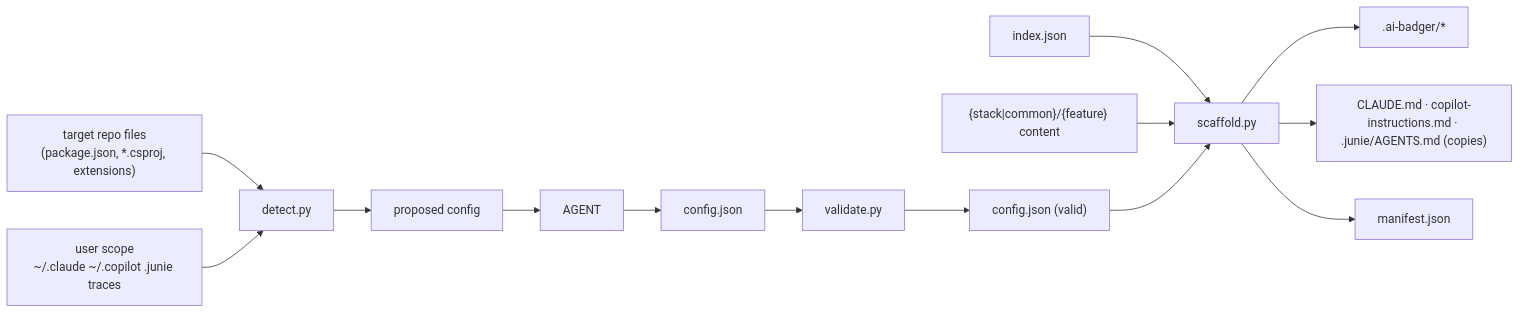
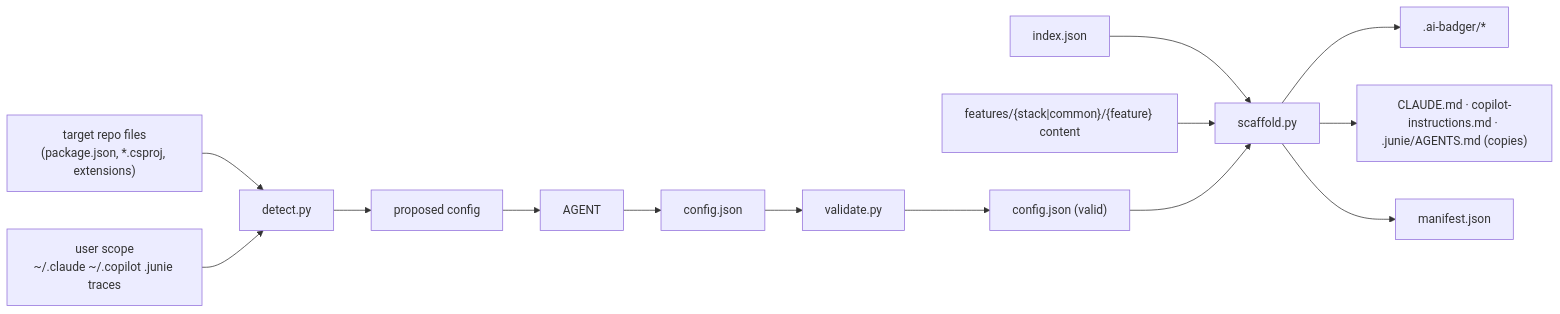
One commit to Arasz/ai-badger changed the first of 2 diagrams in docs/framework-architecture.md. Above: the diagram before and after it, drawn with Mermaid. The commit also changed other lines of this file and 85 other files, not shown here.

First line of the commit message:
refactor: features/ catalog reorg, plugins compaction, lint-clean scripts

````diff
--- a/docs/framework-architecture.md
+++ b/docs/framework-architecture.md
@@ -266,15 +292,15 @@
 ```mermaid
 flowchart LR
   REPO["target repo files\n(package.json, *.csproj, extensions)"] --> DET["detect.py"]
   USER["user scope\n~/.claude ~/.copilot .junie traces"] --> DET
   DET --> PC["proposed config"]
   PC --> AG["AGENT"]
   AG --> CFG["config.json"]
   CFG --> VAL["validate.py"] --> CFGok["config.json (valid)"]
   IDX["index.json"] --> SCAF["scaffold.py"]
-  CATALOG["{stack|common}/{feature} content"] --> SCAF
+  CATALOG["features/{stack|common}/{feature} content"] --> SCAF
   CFGok --> SCAF
   SCAF --> AIB[".ai-badger/*"]
   SCAF --> COPIES["CLAUDE.md · copilot-instructions.md · .junie/AGENTS.md (copies)"]
   SCAF --> MAN["manifest.json"]
 ```
````
